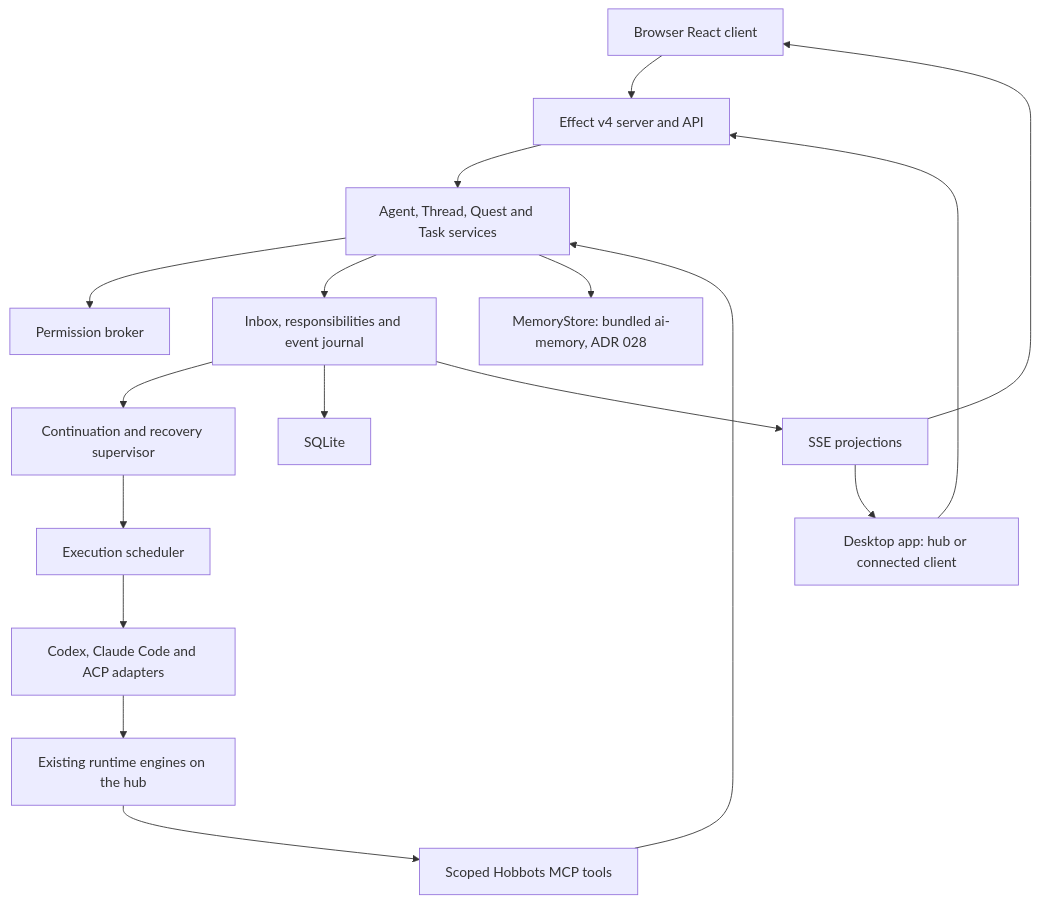
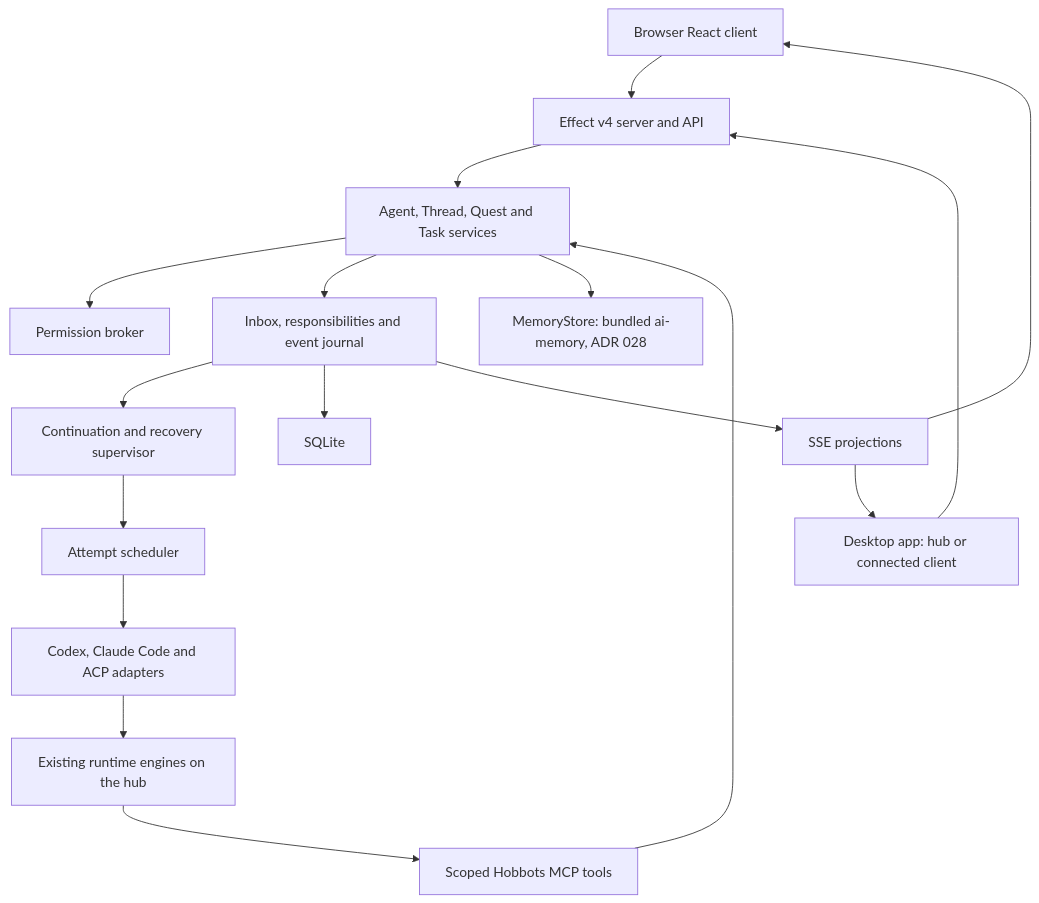
The diagram in docs/architecture/overview.md (otaviobarros/hobbots), drawn with Mermaid before and after one commit. The commit also changed other lines of this file and 44 other files, not shown here.

````diff
--- a/docs/architecture/overview.md
+++ b/docs/architecture/overview.md
@@ -5,19 +5,19 @@
 ```mermaid
 flowchart TB
   Browser[Browser React client] --> API[Effect v4 server and API]
   Electron[Desktop app: hub or connected client] --> API
   API --> Domain[Agent, Thread, Quest and Task services]
   Domain --> Policy[Permission broker]
   Domain --> Durable[Inbox, responsibilities and event journal]
   Durable --> Supervisor[Continuation and recovery supervisor]
-  Supervisor --> Scheduler[Execution scheduler]
+  Supervisor --> Scheduler[Attempt scheduler]
   Scheduler --> Adapter[Codex, Claude Code and ACP adapters]
   Adapter --> Engines[Existing runtime engines on the hub]
   Engines --> MCP[Scoped Hobbots MCP tools]
   MCP --> Domain
   Durable --> SQL[SQLite]
   Domain --> Memory[MemoryStore: bundled ai-memory, ADR 028]
   Durable --> Events[SSE projections]
   Events --> Browser
   Events --> Electron
 ```
````
